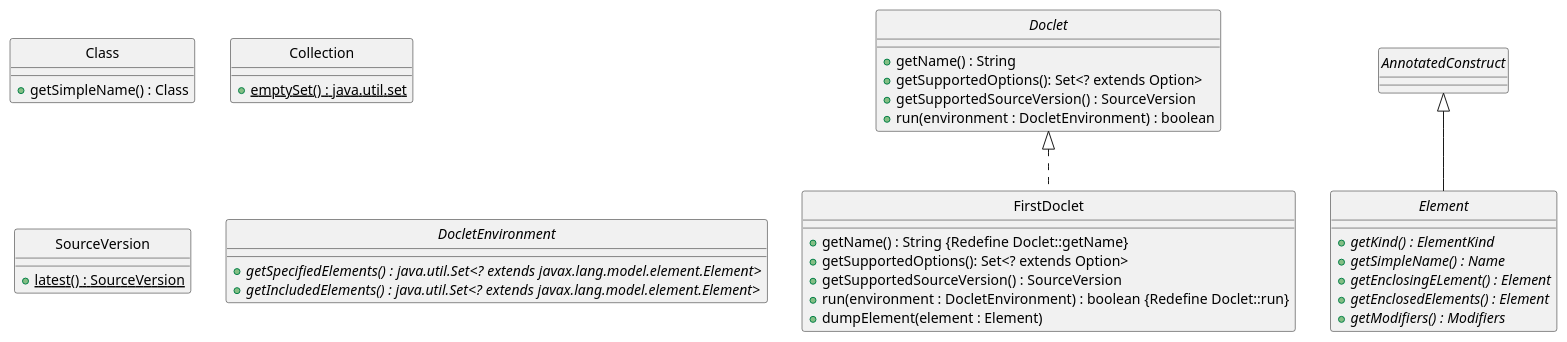
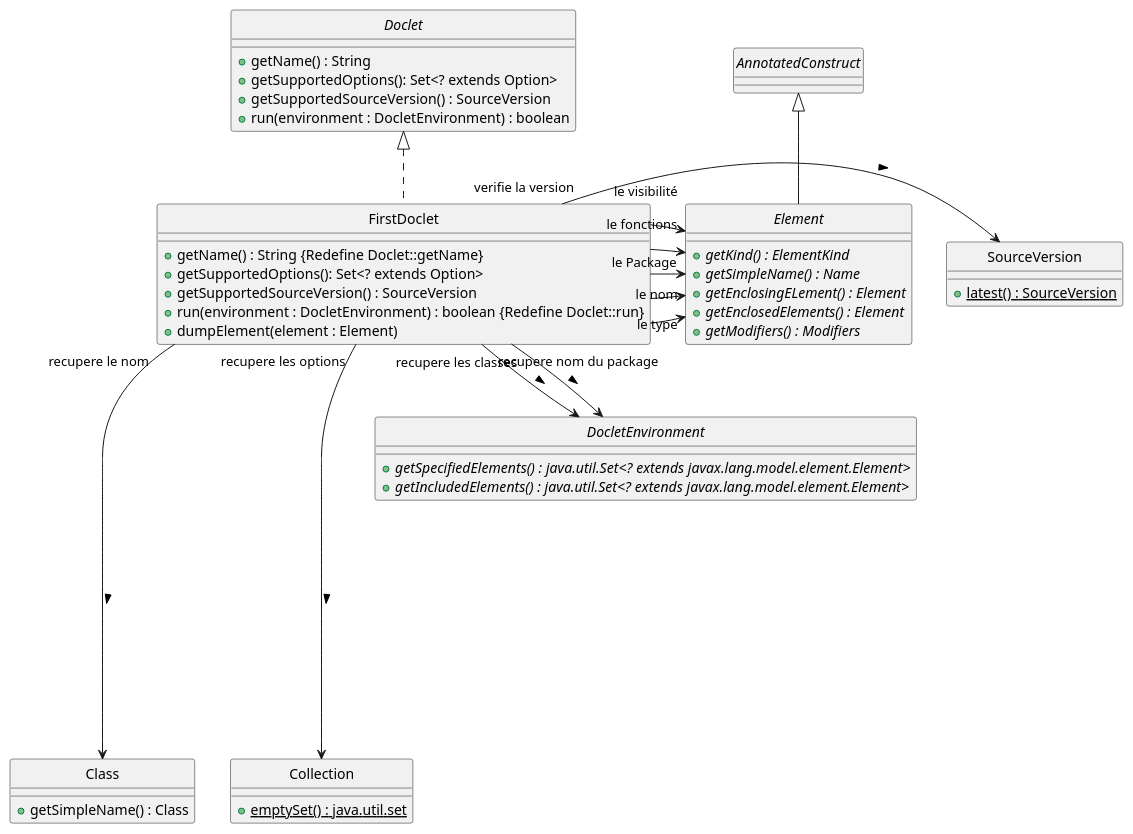
Before and after one commit to D3B1RUM4N/PumlFromJava: the diagram in src/pumlFromJava/DCCDoclet.puml, drawn with PlantUML.

Commit message:
enfin fini le DCC je crois

```diff
--- a/src/pumlFromJava/DCCDoclet.puml
+++ b/src/pumlFromJava/DCCDoclet.puml
@@ -1,45 +1,63 @@
 @startuml
 'https://plantuml.com/sequence-diagram
 
 skinparam style strictuml
 
 class FirstDoclet implements Doclet{
     + getName() : String {Redefine Doclet::getName}
     + getSupportedOptions(): Set<? extends Option>
     + getSupportedSourceVersion() : SourceVersion
     + run(environment : DocletEnvironment) : boolean {Redefine Doclet::run}
     + dumpElement(element : Element)
 }
 
 interface Doclet{
     + getName() : String
     + getSupportedOptions(): Set<? extends Option>
     + getSupportedSourceVersion() : SourceVersion
     + run(environment : DocletEnvironment) : boolean
 }
 
-Class Class{
+class Class{
     + getSimpleName() : Class
 }
 
-Class Collection{
+FirstDoclet "recupere le nom" ------> Class : >
+
+class Collection{
     + {static}emptySet() : java.util.set
 }
+
+FirstDoclet "recupere les options" ------> Collection : >
 
 enum SourceVersion{
     + {static}latest() : SourceVersion
 }
 
+FirstDoclet "verifie la version" -> SourceVersion : >
+
 interface DocletEnvironment{
     + {abstract}getSpecifiedElements() :  java.util.Set<? extends javax.lang.model.element.Element>
     + {abstract}getIncludedElements() :  java.util.Set<? extends javax.lang.model.element.Element>
 }
+
+FirstDoclet "recupere nom du package" --> DocletEnvironment : >
+FirstDoclet "recupere les classes" --> DocletEnvironment: >
+
 
 interface Element extends AnnotatedConstruct{
     + {abstract}getKind() : ElementKind
     + {abstract}getSimpleName() : Name
     + {abstract}getEnclosingELement() : Element
     + {abstract}getEnclosedElements() : Element
     + {abstract}getModifiers() : Modifiers
 }
+
+FirstDoclet "le type" -> Element
+FirstDoclet "le nom" -> Element
+FirstDoclet "le Package" -> Element
+FirstDoclet "le fonctions" -> Element
+FirstDoclet "le visibilité" -> Element
+
+
 @enduml
```
